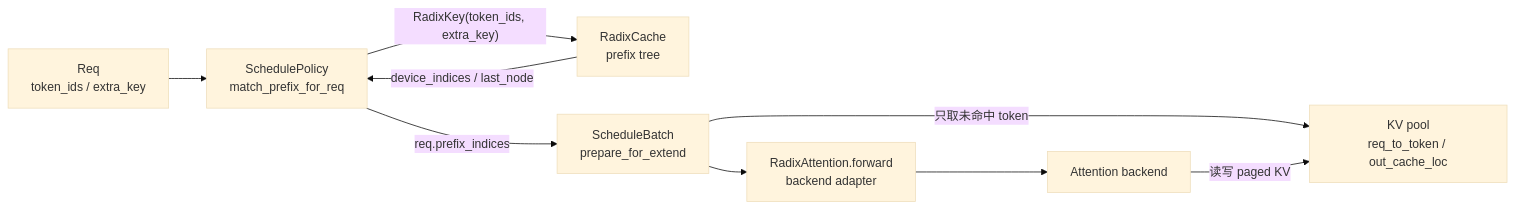
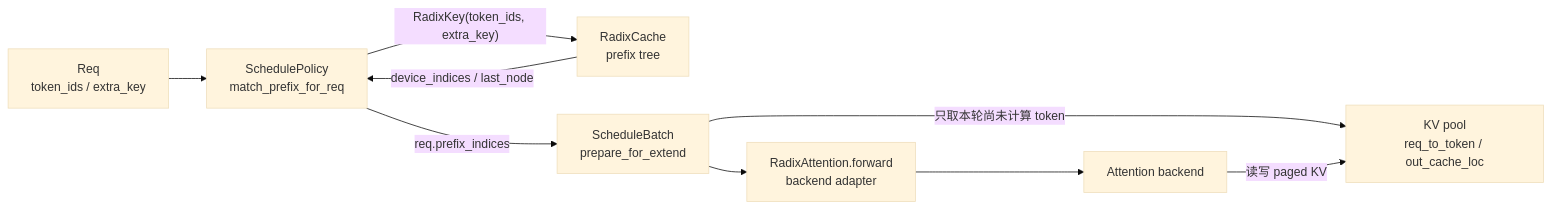
One commit to OnlyHero5/sglang-reading-vault changed the diagram in sglang_reading/内存与Attention/RadixAttention/SGLang-RadixAttention.md. Above: the diagram before and after it, drawn with Mermaid (base theme). The commit also changed other lines of this file and 512 other files, not shown here.

````diff
--- a/sglang_reading/内存与Attention/RadixAttention/SGLang-RadixAttention.md
+++ b/sglang_reading/内存与Attention/RadixAttention/SGLang-RadixAttention.md
@@ -33,19 +33,19 @@
 ```mermaid
 flowchart LR
   REQ["Req<br/>token_ids / extra_key"]
   POLICY["SchedulePolicy<br/>match_prefix_for_req"]
   TREE["RadixCache<br/>prefix tree"]
   BATCH["ScheduleBatch<br/>prepare_for_extend"]
   POOL["KV pool<br/>req_to_token / out_cache_loc"]
   ATTN["RadixAttention.forward<br/>backend adapter"]
   BACKEND["Attention backend"]
 
   REQ --> POLICY
   POLICY -->|"RadixKey(token_ids, extra_key)"| TREE
   TREE -->|"device_indices / last_node"| POLICY
   POLICY -->|"req.prefix_indices"| BATCH
-  BATCH -->|"只取未命中 token"| POOL
+  BATCH -->|"只取本轮尚未计算 token"| POOL
   BATCH --> ATTN
   ATTN --> BACKEND
   BACKEND -->|"读写 paged KV"| POOL
 ```
````
